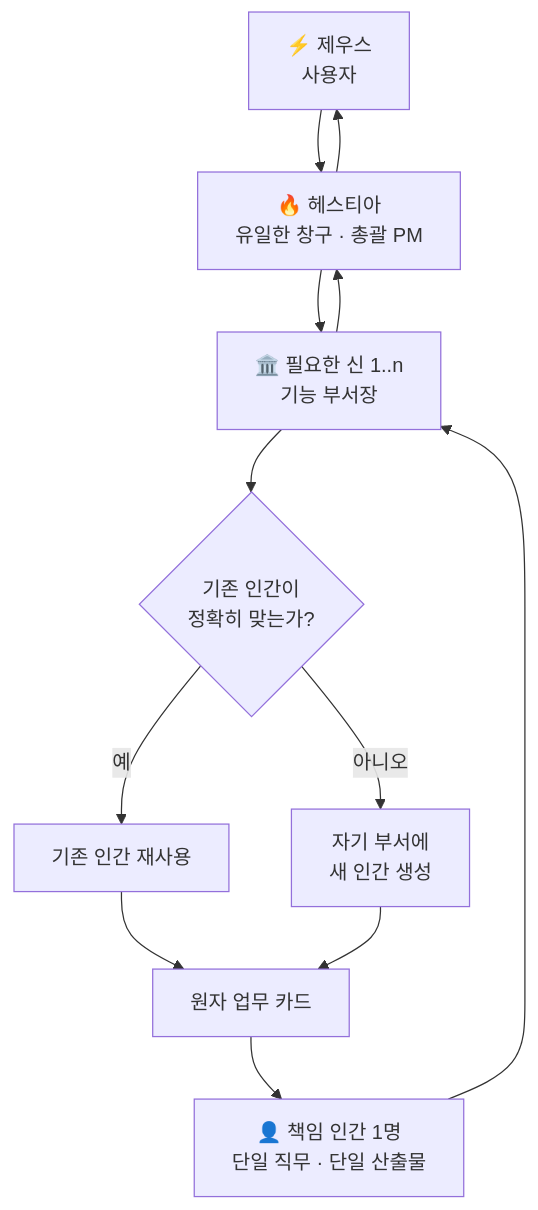
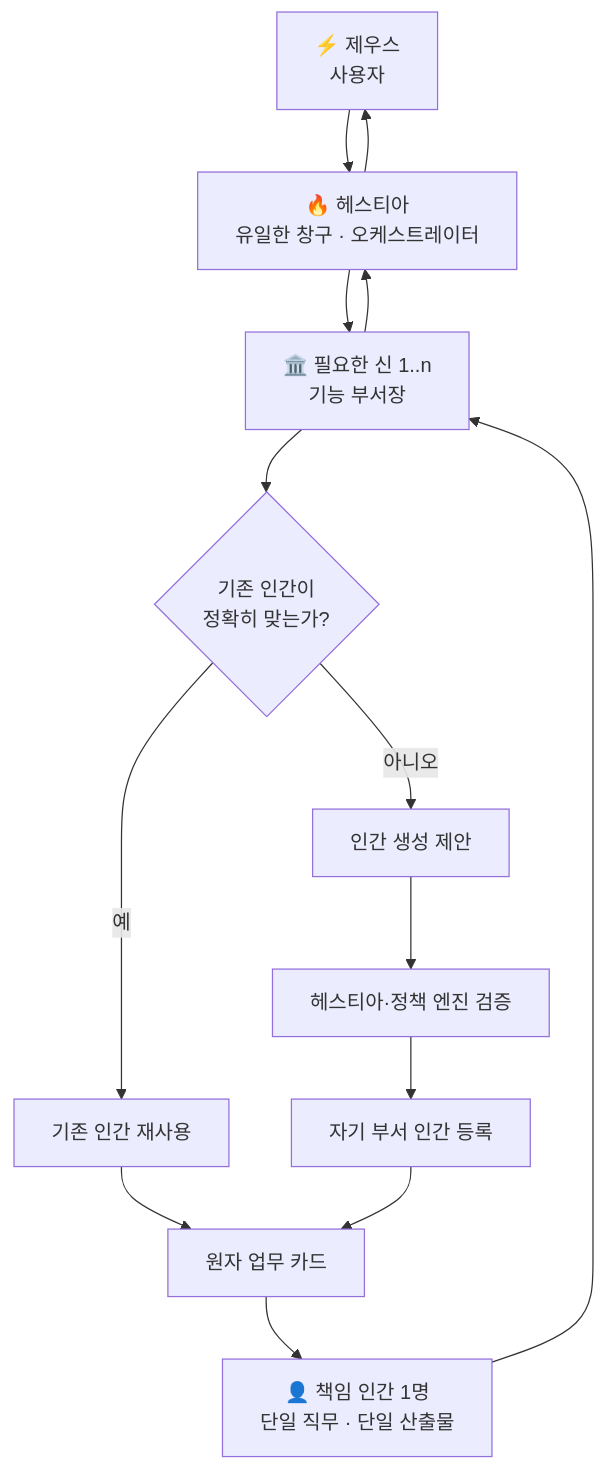
One commit to BoxLogoDev/olympus_grokbot changed the first of 2 diagrams in README.md. Above: the diagram before and after it, drawn with Mermaid. The commit also changed other lines of this file and 13 other files, not shown here.

Commit message:
docs: promote OLYMPUS architecture to v1.0

````diff
--- a/README.md
+++ b/README.md
@@ -41,14 +46,16 @@
 ```mermaid
 flowchart TB
-    Z["⚡ 제우스<br/>사용자"] --> H["🔥 헤스티아<br/>유일한 창구 · 총괄 PM"]
+    Z["⚡ 제우스<br/>사용자"] --> H["🔥 헤스티아<br/>유일한 창구 · 오케스트레이터"]
     H --> G["🏛️ 필요한 신 1..n<br/>기능 부서장"]
     G --> R{"기존 인간이<br/>정확히 맞는가?"}
     R -- "예" --> U["기존 인간 재사용"]
-    R -- "아니오" --> C["자기 부서에<br/>새 인간 생성"]
+    R -- "아니오" --> P["인간 생성 제안"]
+    P --> V["헤스티아·정책 엔진 검증"]
+    V --> C["자기 부서 인간 등록"]
     U --> T["원자 업무 카드"]
     C --> T
     T --> X["👤 책임 인간 1명<br/>단일 직무 · 단일 산출물"]
     X --> G
     G --> H
     H --> Z
 ```
````
